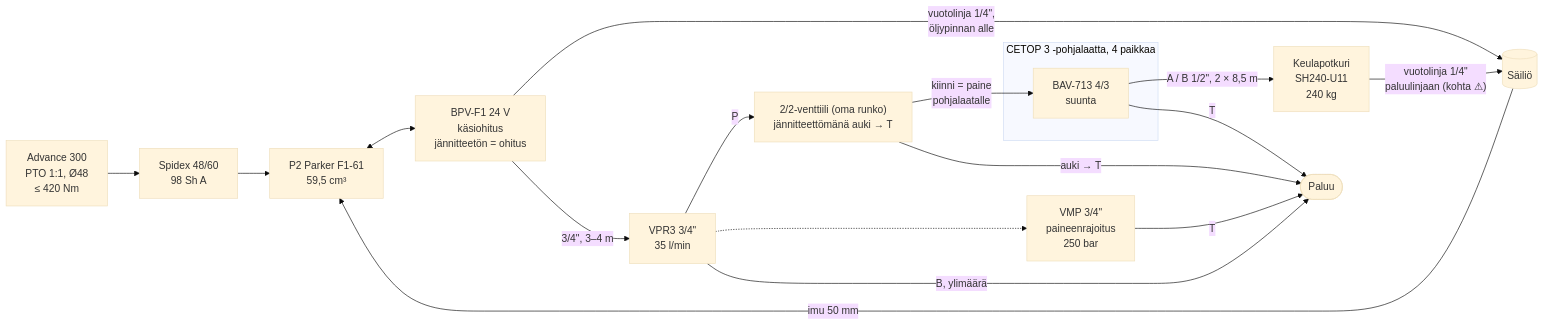
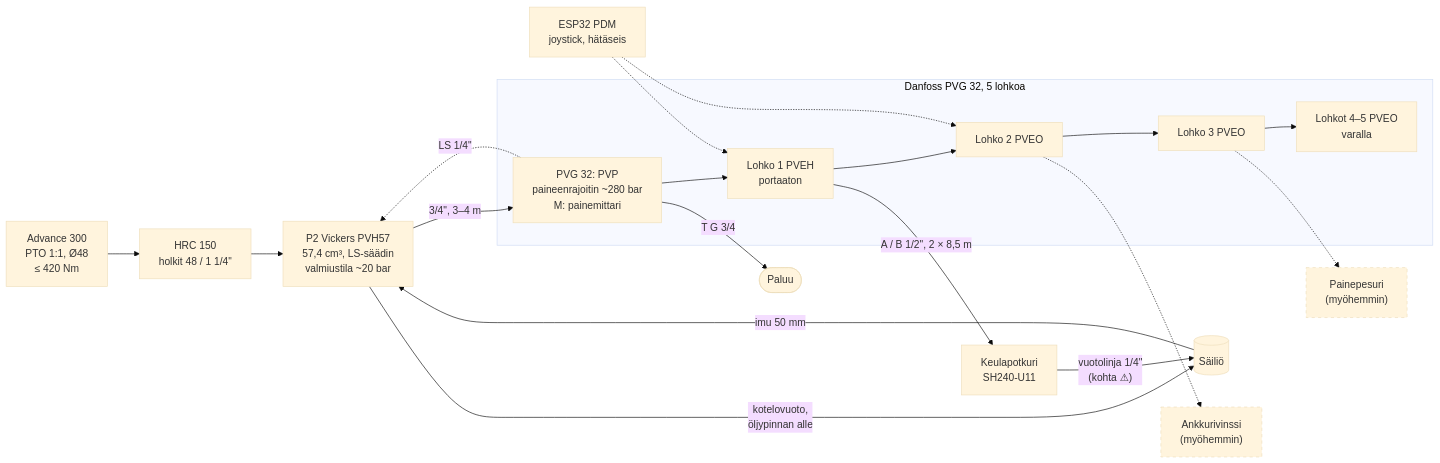
Before and after one commit to plektra/vega-systems: the second of 3 diagrams in hydraulics/schematic.md, drawn with Mermaid (base theme). The commit also changed other lines of this file and 7 other files, not shown here.

First line of the commit message:
Redraw schematic sheet 2 with PVH57 and PVG 32; archive F1-61 sheet

````diff
--- a/hydraulics/schematic.md
+++ b/hydraulics/schematic.md
@@ -124,33 +130,42 @@
 ```mermaid
 flowchart LR
   GB["Advance 300<br/>PTO 1:1, Ø48<br/>≤ 420 Nm"]
-  CPL["Spidex 48/60<br/>98 Sh A"]
+  CPL["HRC 150<br/>holkit 48 / 1 1/4#quot;"]
   TANK[("Säiliö")]
-  P2["P2 Parker F1-61<br/>59,5 cm³"]
-  BPV["BPV-F1 24 V<br/>käsiohitus<br/>jännitteetön = ohitus"]
-  VPR3["VPR3 3/4#quot;<br/>35 l/min"]
-  VMP["VMP 3/4#quot;<br/>paineenrajoitus<br/>250 bar"]
-  UNL["2/2-venttiili (oma runko)<br/>jännitteettömänä auki → T"]
-  BAV["BAV-713 4/3<br/>suunta"]
-  THR["Keulapotkuri<br/>SH240-U11<br/>240 kg"]
+  P2["P2 Vickers PVH57<br/>57,4 cm³, LS-säädin<br/>valmiustila ~20 bar"]
+  PVP["PVG 32: PVP<br/>paineenrajoitin ~280 bar<br/>M: painemittari"]
+  S1["Lohko 1 PVEH<br/>portaaton"]
+  S2["Lohko 2 PVEO"]
+  S3["Lohko 3 PVEO"]
+  S45["Lohkot 4–5 PVEO<br/>varalla"]
+  THR["Keulapotkuri<br/>SH240-U11"]
+  WIN["Ankkurivinssi<br/>(myöhemmin)"]
+  WASH["Painepesuri<br/>(myöhemmin)"]
+  CTRL["ESP32 PDM<br/>joystick, hätäseis"]
   RET(["Paluu"])
 
   GB --> CPL --> P2
   TANK -->|"imu 50 mm"| P2
-  P2 <--> BPV
-  BPV -->|"vuotolinja 1/4#quot;,<br/>öljypinnan alle"| TANK
-  BPV -->|"3/4#quot;, 3–4 m"| VPR3
-  VPR3 -->|P| UNL
-  VPR3 -.-> VMP
-  UNL -->|"kiinni = paine<br/>pohjalaatalle"| BAV
-  BAV -->|"A / B 1/2#quot;, 2 × 8,5 m"| THR
-  VPR3 -->|"B, ylimäärä"| RET
-  UNL -->|"auki → T"| RET
-  BAV -->|T| RET
-  VMP -->|T| RET
-  THR -->|"vuotolinja 1/4#quot;<br/>paluulinjaan (kohta ⚠)"| TANK
+  P2 -->|"kotelovuoto,<br/>öljypinnan alle"| TANK
+  P2 -->|"3/4#quot;, 3–4 m"| PVP
+  PVP -.->|"LS 1/4#quot;"| P2
+  PVP --> S1 --> S2 --> S3 --> S45
+  S1 -->|"A / B 1/2#quot;, 2 × 8,5 m"| THR
+  S2 -.-> WIN
+  S3 -.-> WASH
+  CTRL -.-> S1
+  CTRL -.-> S2
+  PVP -->|"T G 3/4"| RET
+  THR -->|"vuotolinja 1/4#quot;<br/>(kohta ⚠)"| TANK
 
-  subgraph MAN ["CETOP 3 -pohjalaatta, 4 paikkaa"]
-    BAV
+  subgraph PVG ["Danfoss PVG 32, 5 lohkoa"]
+    PVP
+    S1
+    S2
+    S3
+    S45
   end
+
+  classDef planned stroke-dasharray: 5 5
+  class WIN,WASH planned
 ```
````
